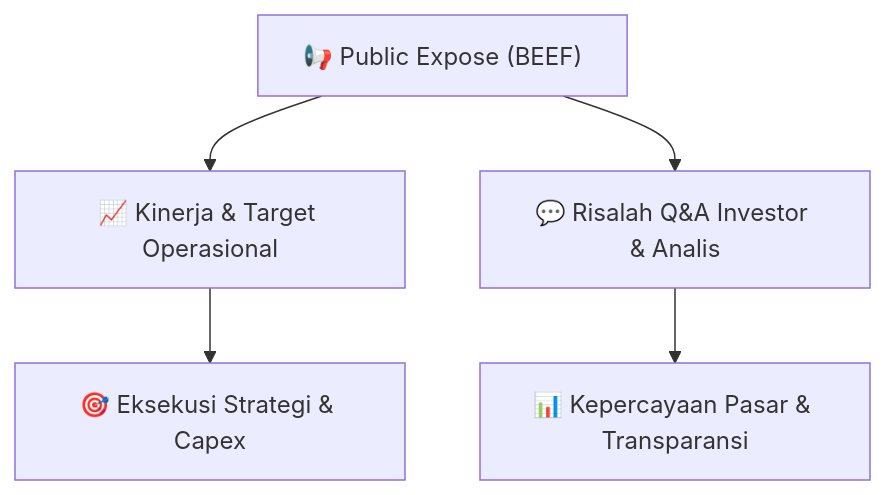
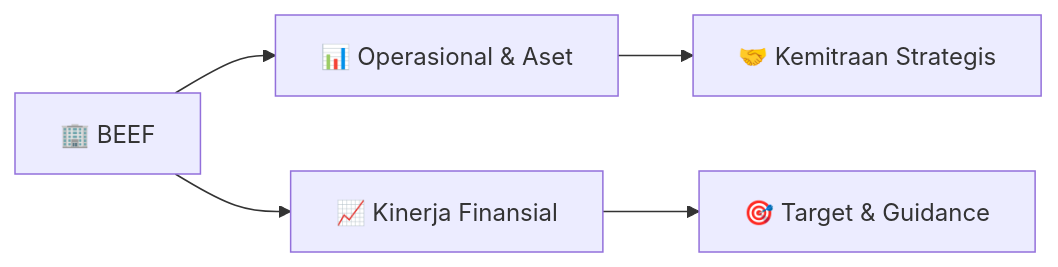
One commit to anYoneo/alphadigest-idx changed the diagram in reports/summaries/public-exposes/informasi-pubex/BEEF_Public_Expose_20260820.md. Above: the diagram before and after it, drawn with Mermaid. The commit also changed other lines of this file and 526 other files, not shown here.

````diff
--- a/reports/summaries/public-exposes/informasi-pubex/BEEF_Public_Expose_20260820.md
+++ b/reports/summaries/public-exposes/informasi-pubex/BEEF_Public_Expose_20260820.md
@@ -35,7 +72,7 @@
 ```mermaid
-flowchart TD
-    A["📢 Public Expose (BEEF)"] --> B["📈 Kinerja & Target Operasional"]
-    A --> C["💬 Risalah Q&A Investor & Analis"]
-    B --> D["🎯 Eksekusi Strategi & Capex"]
-    C --> E["📊 Kepercayaan Pasar & Transparansi"]
+flowchart LR
+    A["🏢 BEEF"] --> B["📊 Operasional & Aset"]
+    A --> C["📈 Kinerja Finansial"]
+    B --> D["🤝 Kemitraan Strategis"]
+    C --> E["🎯 Target & Guidance"]
 ```
````
